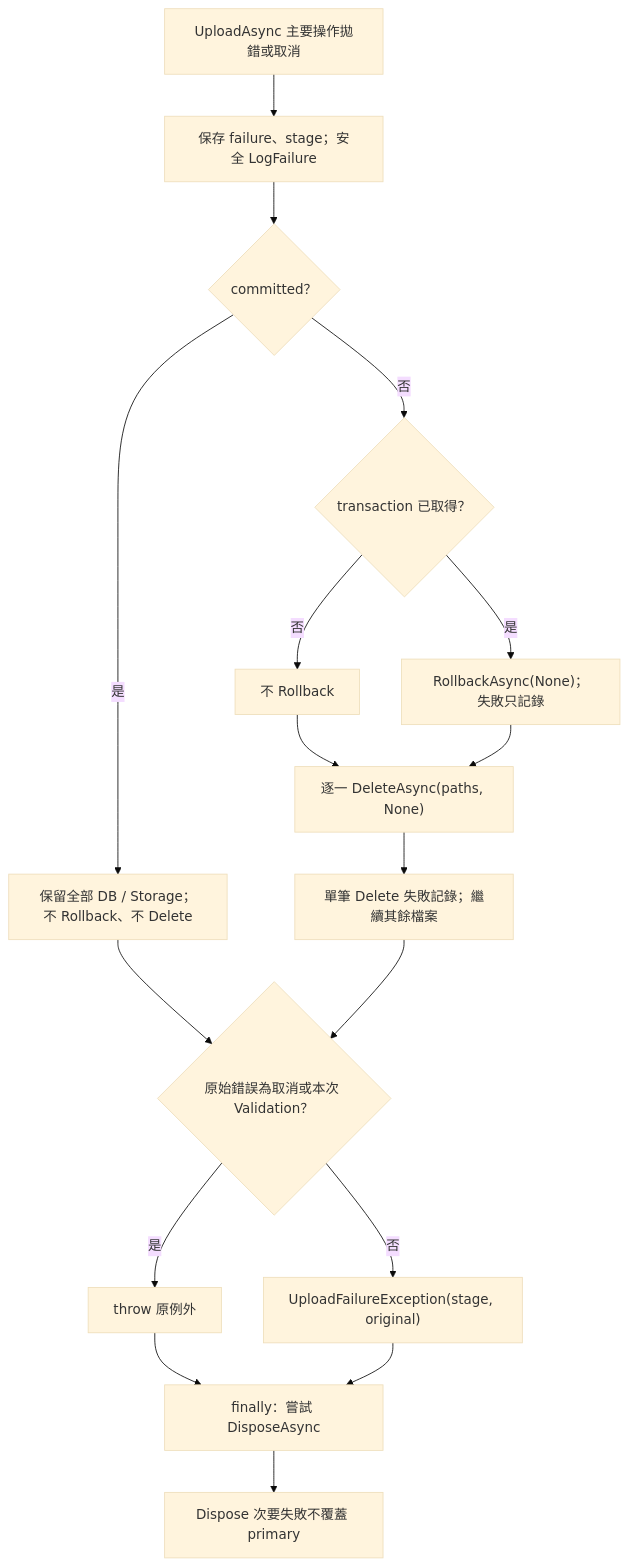
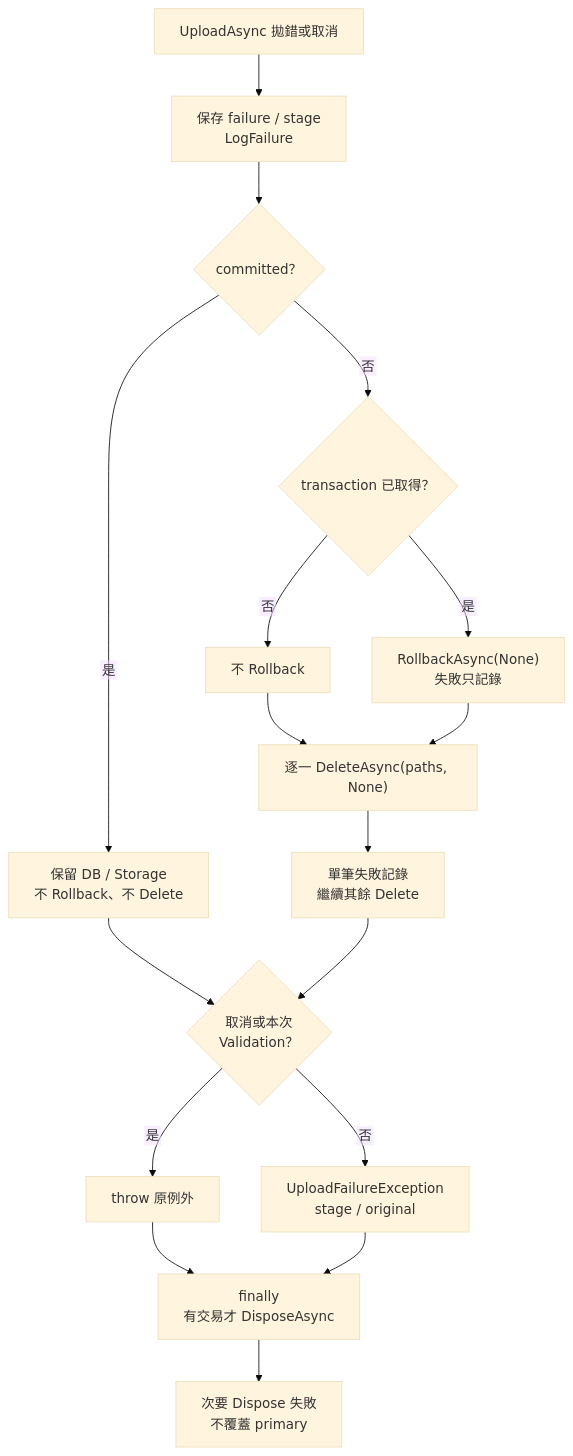
One commit to ChouKuangWen/Photo-Processing-Image-Analysis-Platform changed the seventh of 9 diagrams in tasks/MOD-01/README.md. Above: the diagram before and after it, drawn with Mermaid (base theme). The commit also changed other lines of this file, not shown here.

First line of the commit message:
docs(mod-01): refine Mermaid diagrams and architecture relationships

````diff
--- a/tasks/MOD-01/README.md
+++ b/tasks/MOD-01/README.md
@@ -984,19 +1013,20 @@
 ```mermaid
+%%{init: {"flowchart": {"htmlLabels": false}}}%%
 flowchart TD
-    A["UploadAsync 主要操作拋錯或取消"] --> B["保存 failure、stage；安全 LogFailure"]
+    A["UploadAsync 拋錯或取消"] --> B["保存 failure / stage<br/>LogFailure"]
     B --> C{"committed？"}
-    C -- 是 --> D["保留全部 DB / Storage；不 Rollback、不 Delete"]
+    C -- 是 --> D["保留 DB / Storage<br/>不 Rollback、不 Delete"]
     C -- 否 --> E{"transaction 已取得？"}
     E -- 否 --> F["不 Rollback"]
-    E -- 是 --> G["RollbackAsync(None)；失敗只記錄"]
+    E -- 是 --> G["RollbackAsync(None)<br/>失敗只記錄"]
     F --> H["逐一 DeleteAsync(paths, None)"]
     G --> H
-    H --> I["單筆 Delete 失敗記錄；繼續其餘檔案"]
-    D --> J{"原始錯誤為取消或本次 Validation？"}
+    H --> I["單筆失敗記錄<br/>繼續其餘 Delete"]
+    D --> J{"取消或本次<br/>Validation？"}
     I --> J
     J -- 是 --> K["throw 原例外"]
-    J -- 否 --> L["UploadFailureException(stage, original)"]
-    K --> M["finally：嘗試 DisposeAsync"]
+    J -- 否 --> L["UploadFailureException<br/>stage / original"]
+    K --> M["finally<br/>有交易才 DisposeAsync"]
     L --> M
-    M --> N["Dispose 次要失敗不覆蓋 primary"]
+    M --> N["次要 Dispose 失敗<br/>不覆蓋 primary"]
 ```
````
